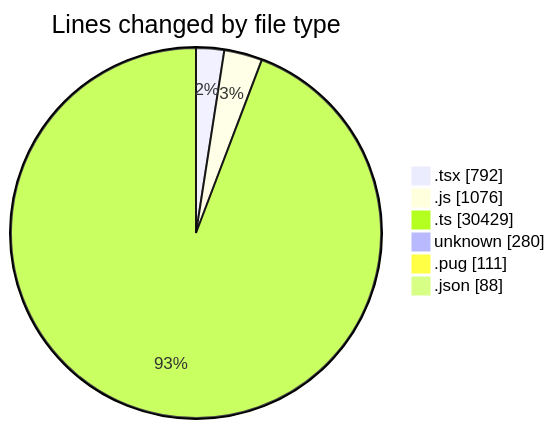
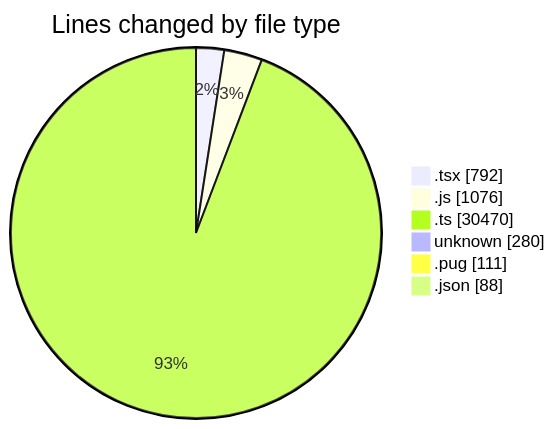
The first of 2 diagrams in 2026-06-03/cda/README.md (momahboobian/code-tracking), drawn with Mermaid before and after one commit. The commit also changed other lines of this file and 1 other file, not shown here.

````diff
--- a/2026-06-03/cda/README.md
+++ b/2026-06-03/cda/README.md
@@ -46,10 +46,10 @@
 ```mermaid
 pie showData
 title Lines changed by file type
 ".tsx" : 792
 ".js" : 1076
-".ts" : 30429
+".ts" : 30470
 "unknown" : 280
 ".pug" : 111
 ".json" : 88
 ```
````
